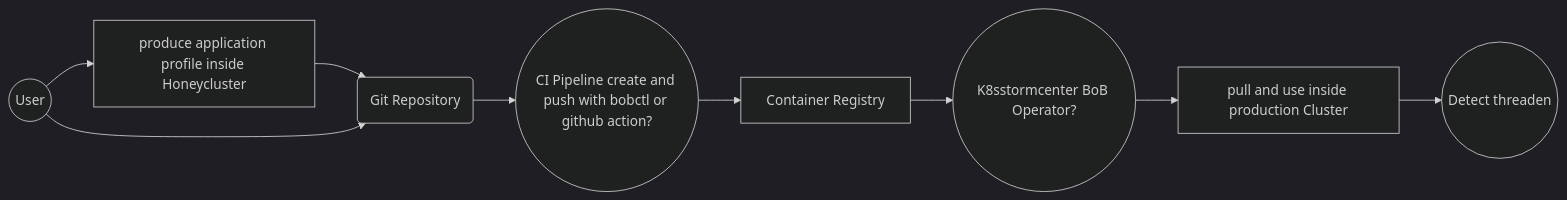
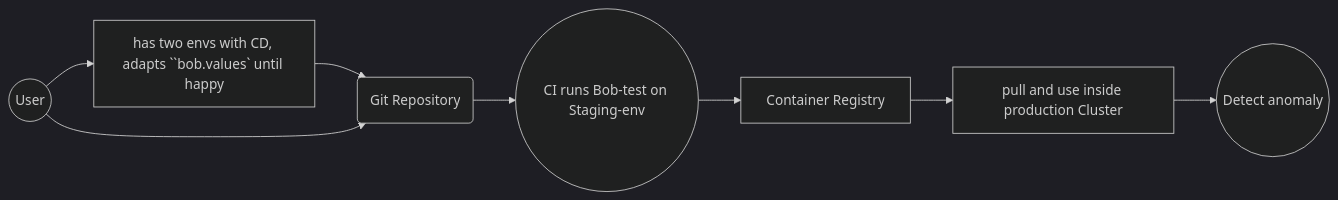
One commit to k8sstormcenter/ixi changed the second of 2 diagrams in bill-of-behaviour-c070da3a/module-2/2.lesson-3/intro.md. Above: the diagram before and after it, drawn with Mermaid (dark theme). The commit also changed other lines of this file and 2 other files, not shown here.

````diff
--- a/bill-of-behaviour-c070da3a/module-2/2.lesson-3/intro.md
+++ b/bill-of-behaviour-c070da3a/module-2/2.lesson-3/intro.md
@@ -118,12 +67,11 @@
 ```mermaid
 flowchart LR
 
-A --> F[produce application profile inside Honeycluster]
+A --> F[has two envs with CD, adapts ``bob.values` until happy]
 F --> B
 A((User)) --> B(Git Repository)
-B --> C((CI Pipeline create and push with bobctl or github action?))
-C --> D[Container Registry]
-D --> E((K8sstormcenter BoB Operator?))
-E --> G[pull and use inside production Cluster]
-G --> H((Detect threaden))
+B --> C((CI runs Bob-test on Staging-env))
+C --> D[Container Registry ]
+D --> G[pull and use inside production Cluster]
+G --> H((Detect anomaly))
 ```
````
